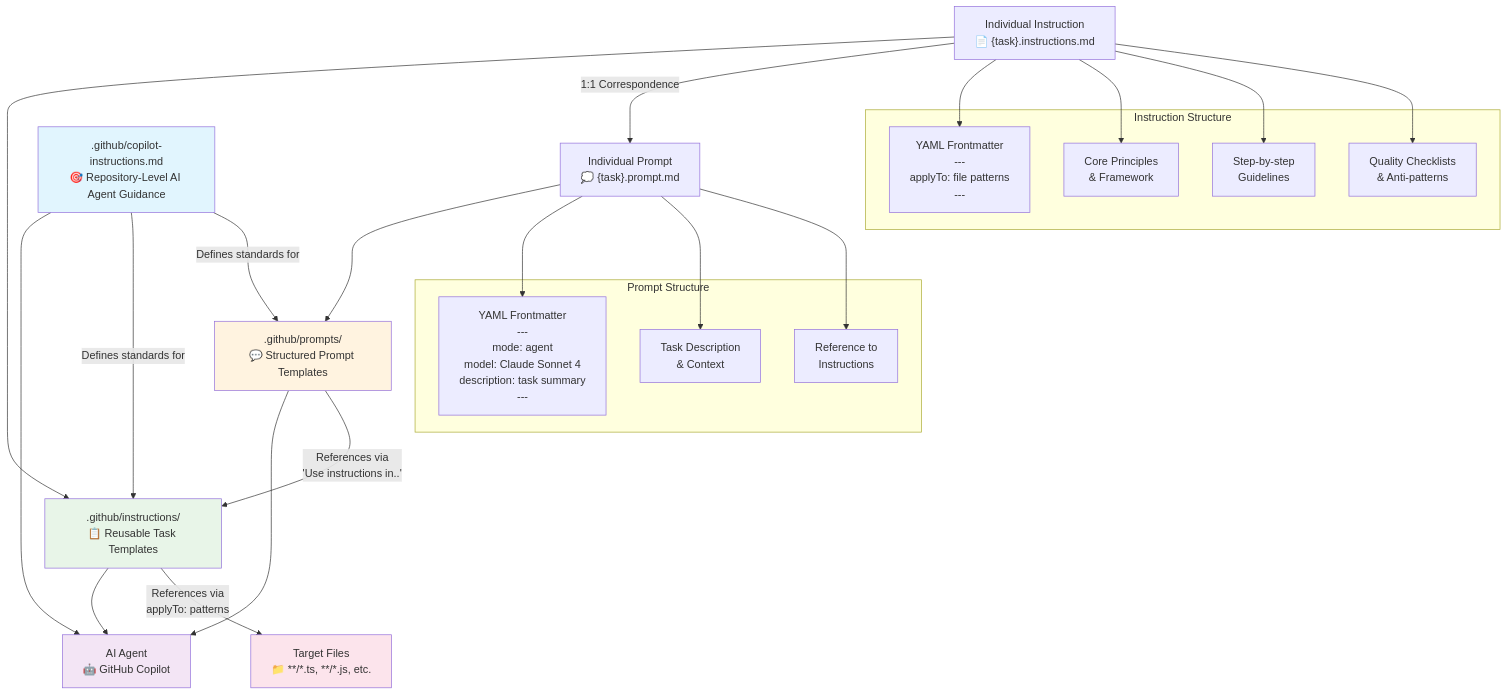
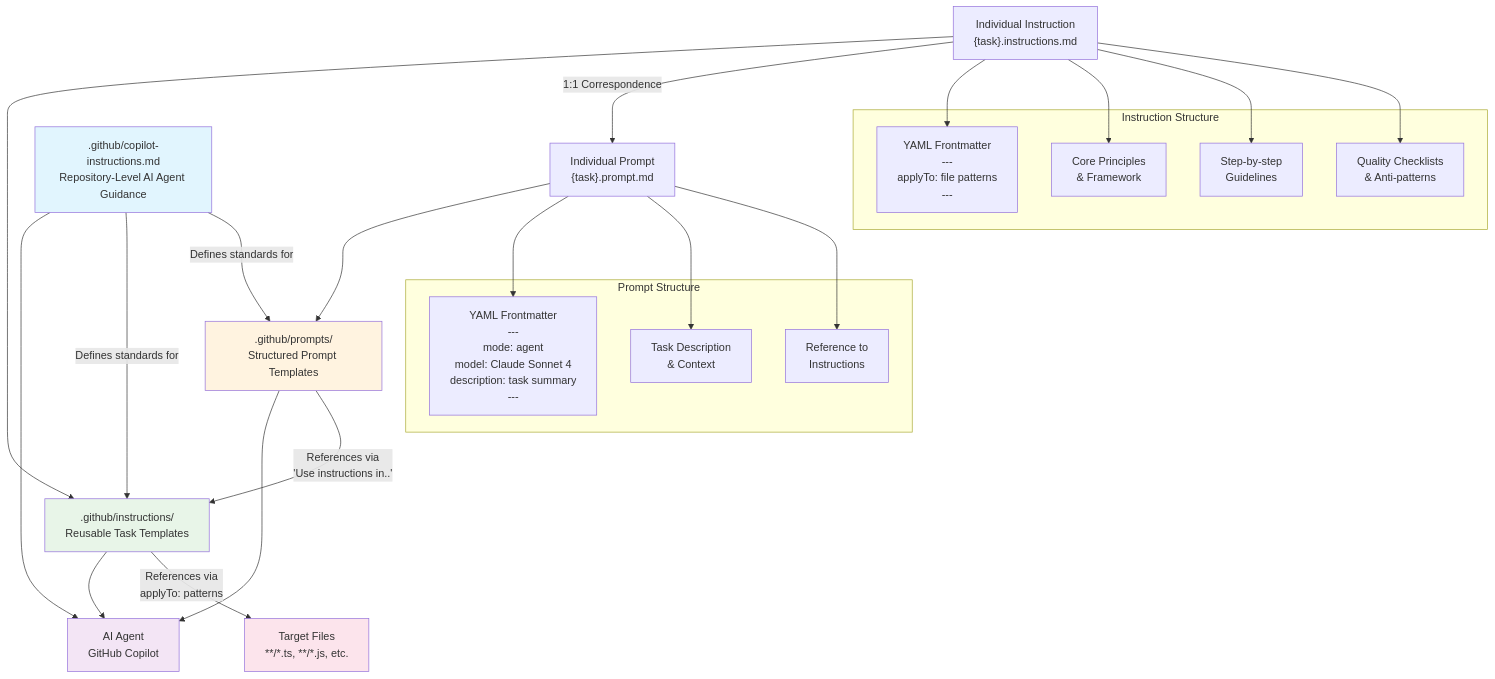
Before and after one commit to tlephan/github-copilot: the diagram in README.md, drawn with Mermaid. The commit also changed other lines of this file, not shown here.

Commit message:
Remove emojis from README component descriptions
Emojis were removed from the mermaid diagram and component table in README.md for a cleaner and more professional presentation.

````diff
--- a/README.md
+++ b/README.md
@@ -9,46 +9,46 @@
 ```mermaid
 graph TD
-    A[".github/copilot-instructions.md<br/>🎯 Repository-Level AI Agent Guidance"] --> B["AI Agent<br/>🤖 GitHub Copilot"]
+    A[".github/copilot-instructions.md<br/>Repository-Level AI Agent Guidance"] --> B["AI Agent<br/>GitHub Copilot"]
     
-    C[".github/instructions/<br/>📋 Reusable Task Templates"] --> B
-    D[".github/prompts/<br/>💬 Structured Prompt Templates"] --> B
+    C[".github/instructions/<br/>Reusable Task Templates"] --> B
+    D[".github/prompts/<br/>Structured Prompt Templates"] --> B
     
-    C --> |"References via<br/>applyTo: patterns"| E["Target Files<br/>📁 **/*.ts, **/*.js, etc."]
+    C --> |"References via<br/>applyTo: patterns"| E["Target Files<br/>**/*.ts, **/*.js, etc."]
     D --> |"References via<br/>'Use instructions in..'"| C
     
     A --> |"Defines standards for"| C
     A --> |"Defines standards for"| D
     
-    F["Individual Instruction<br/>📄 {task}.instructions.md"] --> C
-    G["Individual Prompt<br/>💭 {task}.prompt.md"] --> D
+    F["Individual Instruction<br/>{task}.instructions.md"] --> C
+    G["Individual Prompt<br/>{task}.prompt.md"] --> D
     
     F --> |"1:1 Correspondence"| G
     
     subgraph "Instruction Structure"
         H["YAML Frontmatter<br/>---<br/>applyTo: file patterns<br/>---"]
         I["Core Principles<br/>& Framework"]
         J["Step-by-step<br/>Guidelines"]
         K["Quality Checklists<br/>& Anti-patterns"]
     end
     
     subgraph "Prompt Structure"
         L["YAML Frontmatter<br/>---<br/>mode: agent<br/>model: Claude Sonnet 4<br/>description: task summary<br/>---"]
         M["Task Description<br/>& Context"]
         N["Reference to<br/>Instructions"]
     end
     
     F --> H
     F --> I
     F --> J
     F --> K
     
     G --> L
     G --> M
     G --> N
     
     style A fill:#e1f5fe
     style B fill:#f3e5f5
     style C fill:#e8f5e8
     style D fill:#fff3e0
     style E fill:#fce4ec
 ```
````
